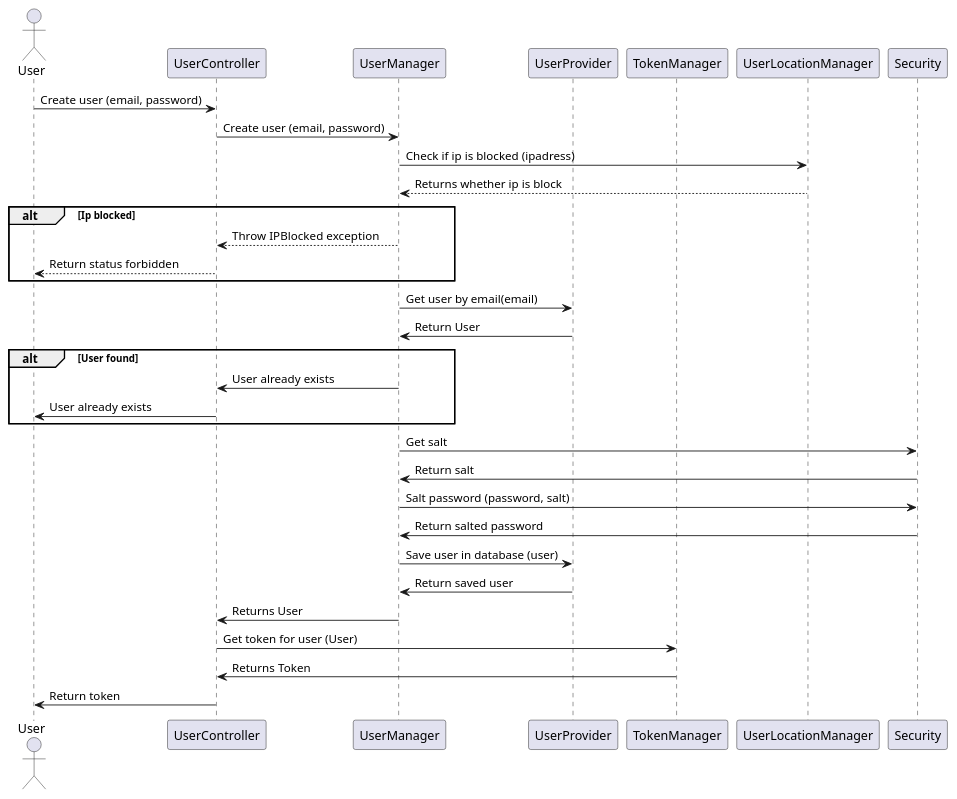
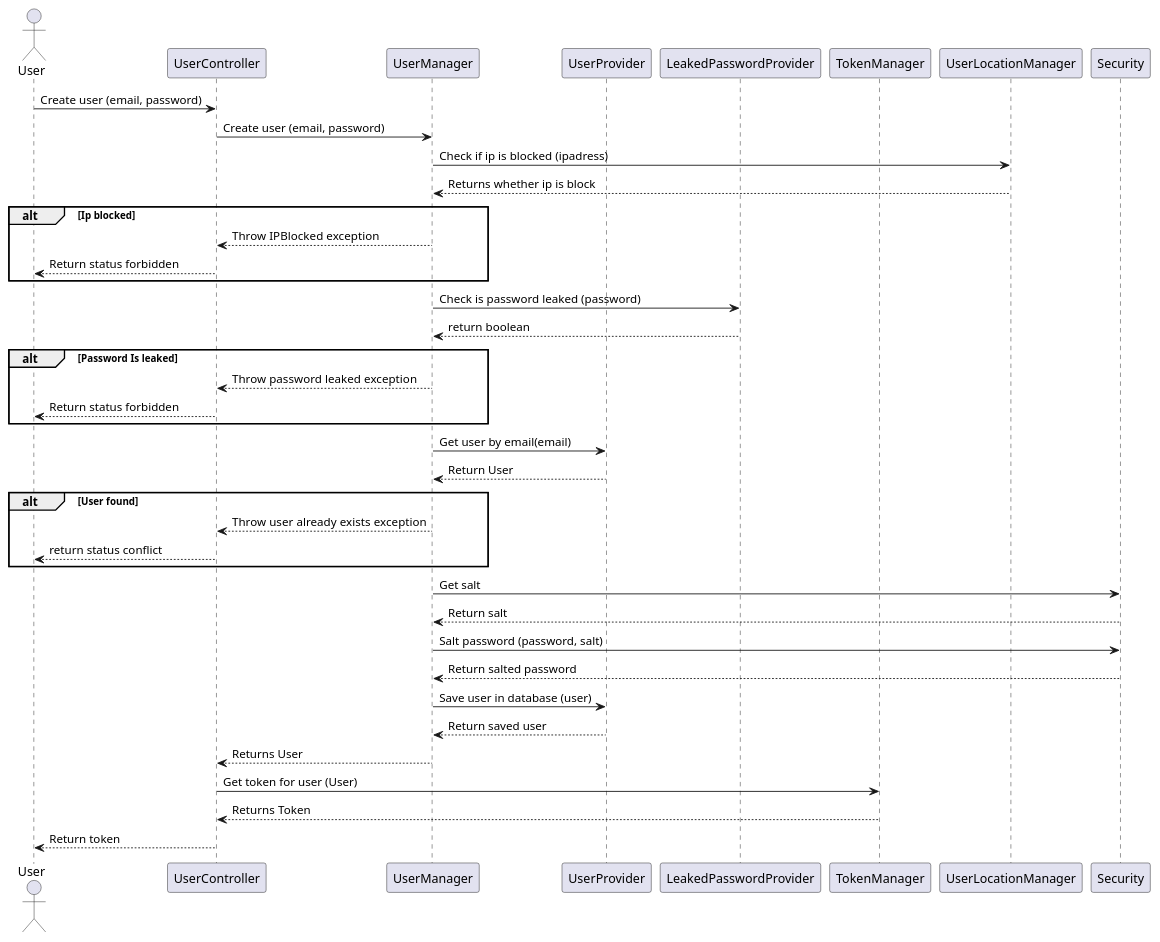
Before and after one commit to blackout1471/trust-us-school: the diagram in Docs/SDDiagrams/CreateUserSD.plantuml, drawn with PlantUML. The commit also changed 18 other files, not shown here.

First line of the commit message:
Password leaked lookup (#10)

```diff
--- a/Docs/SDDiagrams/CreateUserSD.plantuml
+++ b/Docs/SDDiagrams/CreateUserSD.plantuml
@@ -1,51 +1,61 @@
 @startuml Create User SD
 
 
 actor User
 participant UserController
 participant UserManager
 participant UserProvider
+participant LeakedPasswordProvider
 participant TokenManager
 participant UserLocationManager
 participant Security
 
 
 
 User->UserController: Create user (email, password)
 UserController->UserManager: Create user (email, password)
 UserManager->UserLocationManager: Check if ip is blocked (ipadress)
 UserLocationManager-->UserManager: Returns whether ip is block
 
 alt Ip blocked
 UserManager-->UserController: Throw IPBlocked exception
 UserController-->User: Return status forbidden
 end
 
+
+UserManager->LeakedPasswordProvider: Check is password leaked (password)
+LeakedPasswordProvider-->UserManager: return boolean
+
+alt Password Is leaked
+UserManager-->UserController: Throw password leaked exception
+UserController-->User: Return status forbidden
+end
+
 UserManager->UserProvider: Get user by email(email)
-UserProvider->UserManager: Return User
+UserProvider-->UserManager: Return User
 
 alt User found
 
-UserManager->UserController: User already exists
-UserController->User: User already exists
+UserManager-->UserController: Throw user already exists exception
+UserController-->User: return status conflict
 
 end
 
 
 UserManager->Security: Get salt
-Security->UserManager: Return salt
+Security-->UserManager: Return salt
 
 UserManager->Security: Salt password (password, salt)
-Security->UserManager: Return salted password
+Security-->UserManager: Return salted password
 
 UserManager->UserProvider: Save user in database (user)
-UserProvider->UserManager: Return saved user
+UserProvider-->UserManager: Return saved user
 
 
-UserManager->UserController: Returns User
+UserManager-->UserController: Returns User
 UserController->TokenManager: Get token for user (User)
-TokenManager->UserController: Returns Token
+TokenManager-->UserController: Returns Token
 
-UserController->User: Return token
+UserController-->User: Return token
 
 @enduml
```
